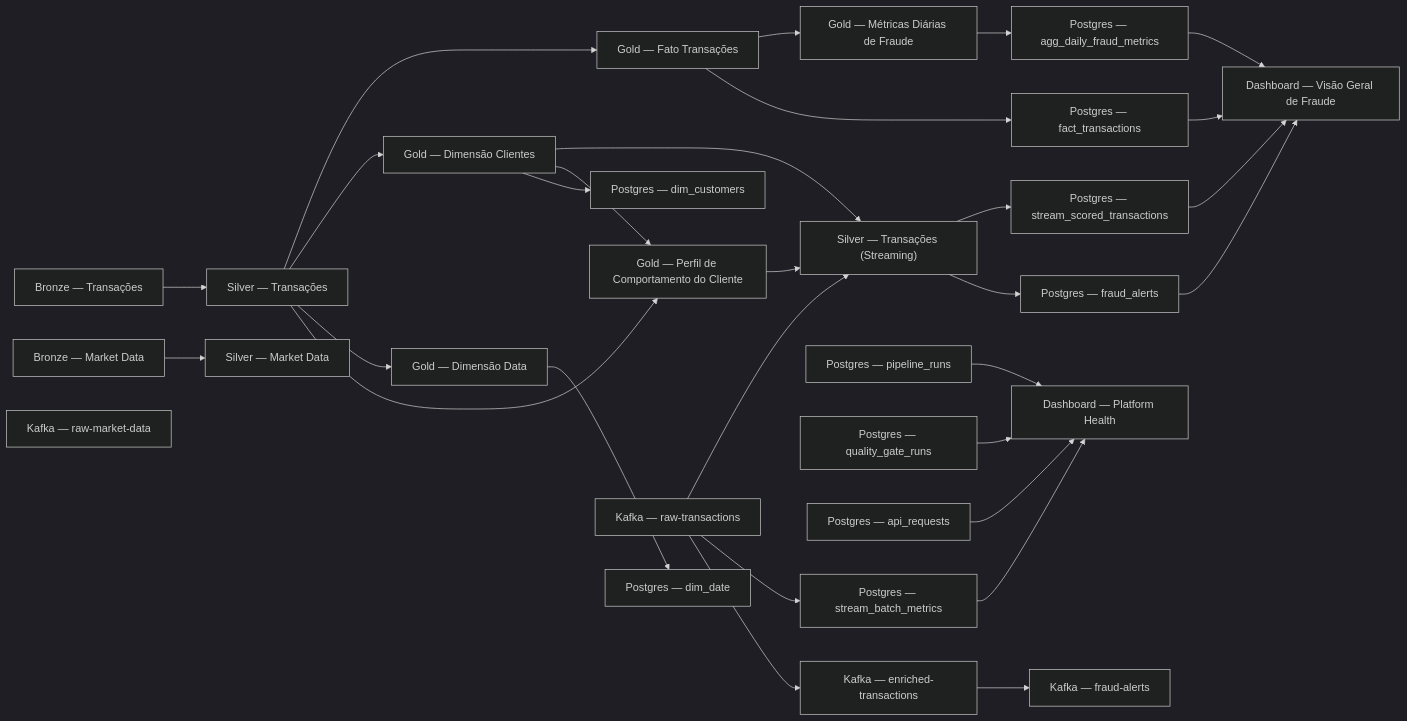
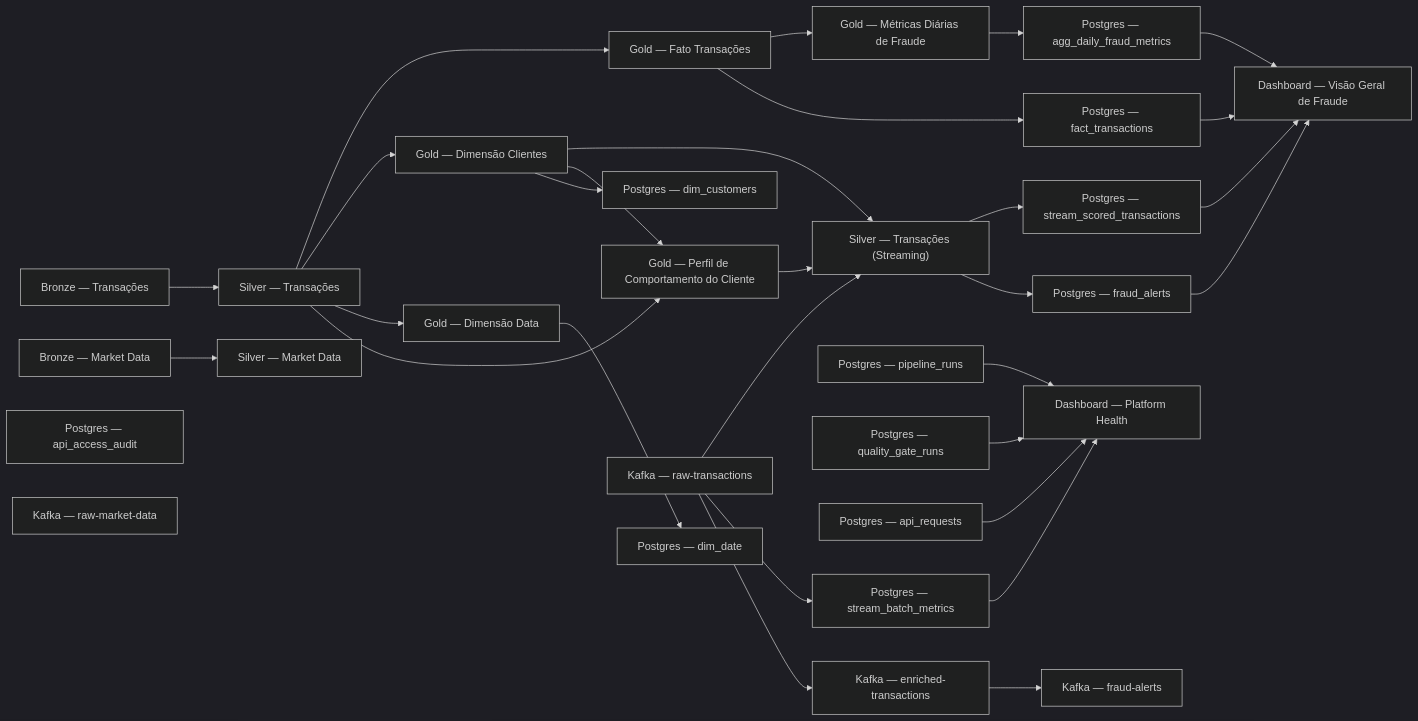
One commit to gpgomes/data-master-std-fraud changed the diagram in docs/data_catalog.md. Above: the diagram before and after it, drawn with Mermaid (dark theme). The commit also changed other lines of this file and 45 other files, not shown here.

````diff
--- a/docs/data_catalog.md
+++ b/docs/data_catalog.md
@@ -69,57 +86,58 @@
 ```mermaid
 graph LR
     bronze_transactions["Bronze — Transações"]
     bronze_market_data["Bronze — Market Data"]
     silver_transactions["Silver — Transações"]
     silver_market_data["Silver — Market Data"]
     silver_transactions_stream["Silver — Transações (Streaming)"]
     gold_fact_transactions["Gold — Fato Transações"]
     gold_dim_customers["Gold — Dimensão Clientes"]
     gold_dim_date["Gold — Dimensão Data"]
     gold_agg_daily_fraud_metrics["Gold — Métricas Diárias de Fraude"]
     gold_customer_behavior_profile["Gold — Perfil de Comportamento do Cliente"]
     serving_fact_transactions["Postgres — fact_transactions"]
     serving_dim_customers["Postgres — dim_customers"]
     serving_dim_date["Postgres — dim_date"]
     serving_agg_daily_fraud_metrics["Postgres — agg_daily_fraud_metrics"]
     serving_stream_scored_transactions["Postgres — stream_scored_transactions"]
     serving_fraud_alerts["Postgres — fraud_alerts"]
     serving_stream_batch_metrics["Postgres — stream_batch_metrics"]
     serving_pipeline_runs["Postgres — pipeline_runs"]
     serving_quality_gate_runs["Postgres — quality_gate_runs"]
     serving_api_requests["Postgres — api_requests"]
+    serving_api_access_audit["Postgres — api_access_audit"]
     kafka_raw_transactions["Kafka — raw-transactions"]
     kafka_raw_market_data["Kafka — raw-market-data"]
     kafka_enriched_transactions["Kafka — enriched-transactions"]
     kafka_fraud_alerts["Kafka — fraud-alerts"]
     dashboard_fraud_overview["Dashboard — Visão Geral de Fraude"]
     dashboard_platform_health["Dashboard — Platform Health"]
     bronze_transactions --> silver_transactions
     bronze_market_data --> silver_market_data
     kafka_raw_transactions --> silver_transactions_stream
     gold_dim_customers --> silver_transactions_stream
     gold_customer_behavior_profile --> silver_transactions_stream
     silver_transactions --> gold_fact_transactions
     silver_transactions --> gold_dim_customers
     silver_transactions --> gold_dim_date
     gold_fact_transactions --> gold_agg_daily_fraud_metrics
     silver_transactions --> gold_customer_behavior_profile
     gold_dim_customers --> gold_customer_behavior_profile
     gold_fact_transactions --> serving_fact_transactions
     gold_dim_customers --> serving_dim_customers
     gold_dim_date --> serving_dim_date
     gold_agg_daily_fraud_metrics --> serving_agg_daily_fraud_metrics
     silver_transactions_stream --> serving_stream_scored_transactions
     silver_transactions_stream --> serving_fraud_alerts
     kafka_raw_transactions --> serving_stream_batch_metrics
     kafka_raw_transactions --> kafka_enriched_transactions
     kafka_enriched_transactions --> kafka_fraud_alerts
     serving_fact_transactions --> dashboard_fraud_overview
     serving_agg_daily_fraud_metrics --> dashboard_fraud_overview
     serving_stream_scored_transactions --> dashboard_fraud_overview
     serving_fraud_alerts --> dashboard_fraud_overview
     serving_stream_batch_metrics --> dashboard_platform_health
     serving_pipeline_runs --> dashboard_platform_health
     serving_quality_gate_runs --> dashboard_platform_health
     serving_api_requests --> dashboard_platform_health
 ```
````
